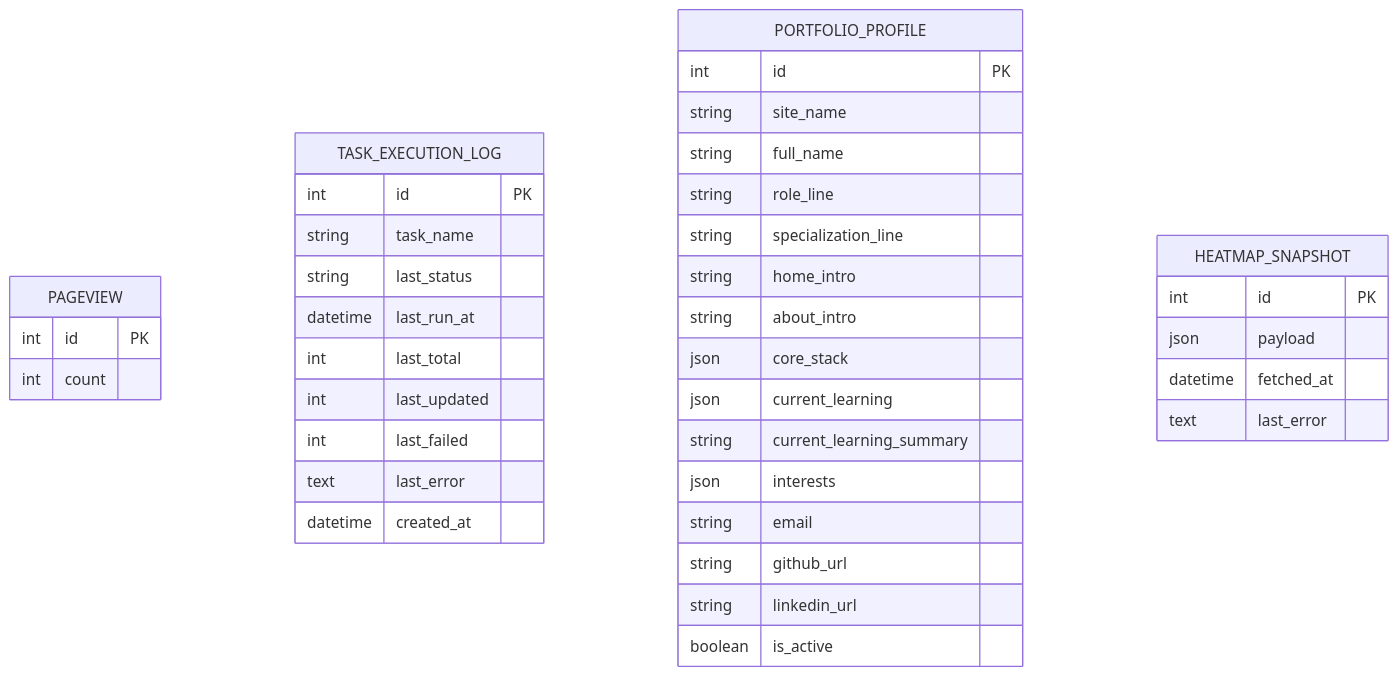
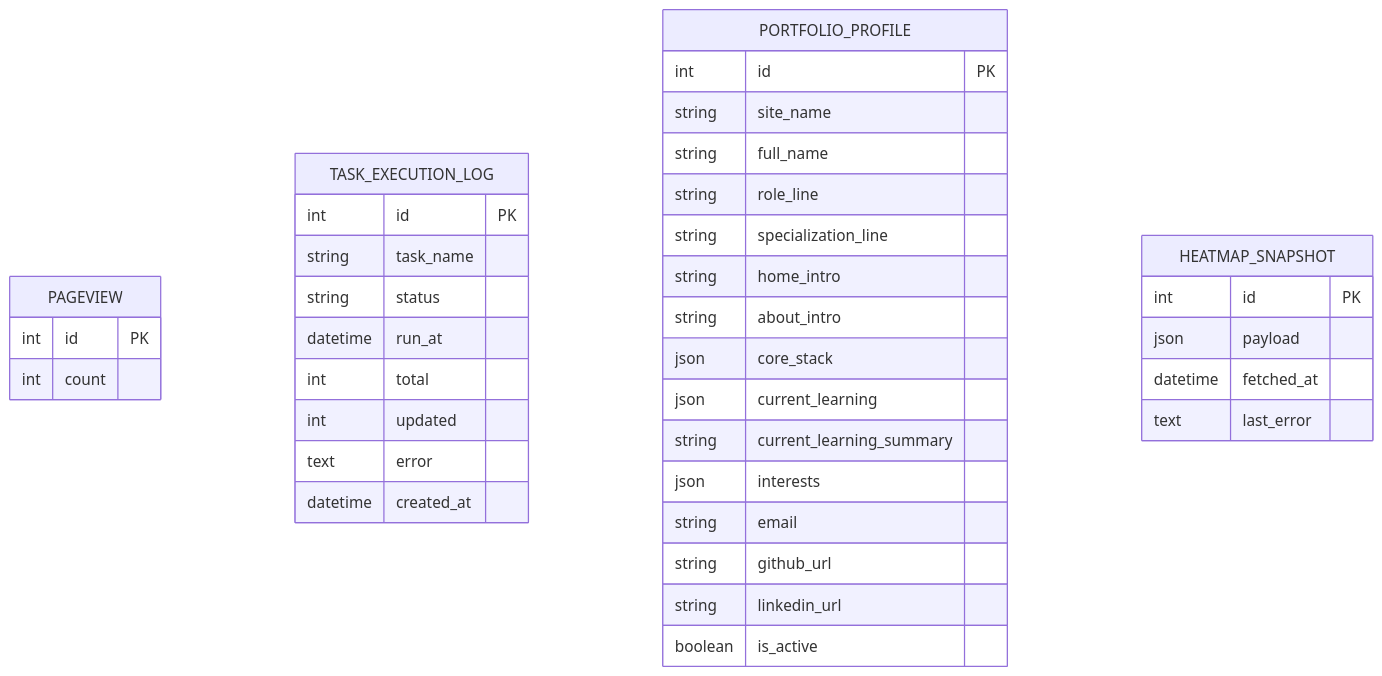
Before and after one commit to stokuj/my-django-portfolio: the second of 4 diagrams in docs/architecture.md, drawn with Mermaid. The commit also changed 9 other files, not shown here.

Commit message:
refactor(task-log): drop last_ prefix from TaskExecutionLog fields, compute failed

````diff
--- a/docs/architecture.md
+++ b/docs/architecture.md
@@ -43,44 +43,43 @@
 ```mermaid
 erDiagram
     PAGEVIEW {
         int id PK
         int count
     }
 
     TASK_EXECUTION_LOG {
         int id PK
         string task_name
-        string last_status
-        datetime last_run_at
-        int last_total
-        int last_updated
-        int last_failed
-        text last_error
+        string status
+        datetime run_at
+        int total
+        int updated
+        text error
         datetime created_at
     }
 
     PORTFOLIO_PROFILE {
         int id PK
         string site_name
         string full_name
         string role_line
         string specialization_line
         string home_intro
         string about_intro
         json core_stack
         json current_learning
         string current_learning_summary
         json interests
         string email
         string github_url
         string linkedin_url
         boolean is_active
     }
 
     HEATMAP_SNAPSHOT {
         int id PK
         json payload
         datetime fetched_at
         text last_error
     }
 ```
````
